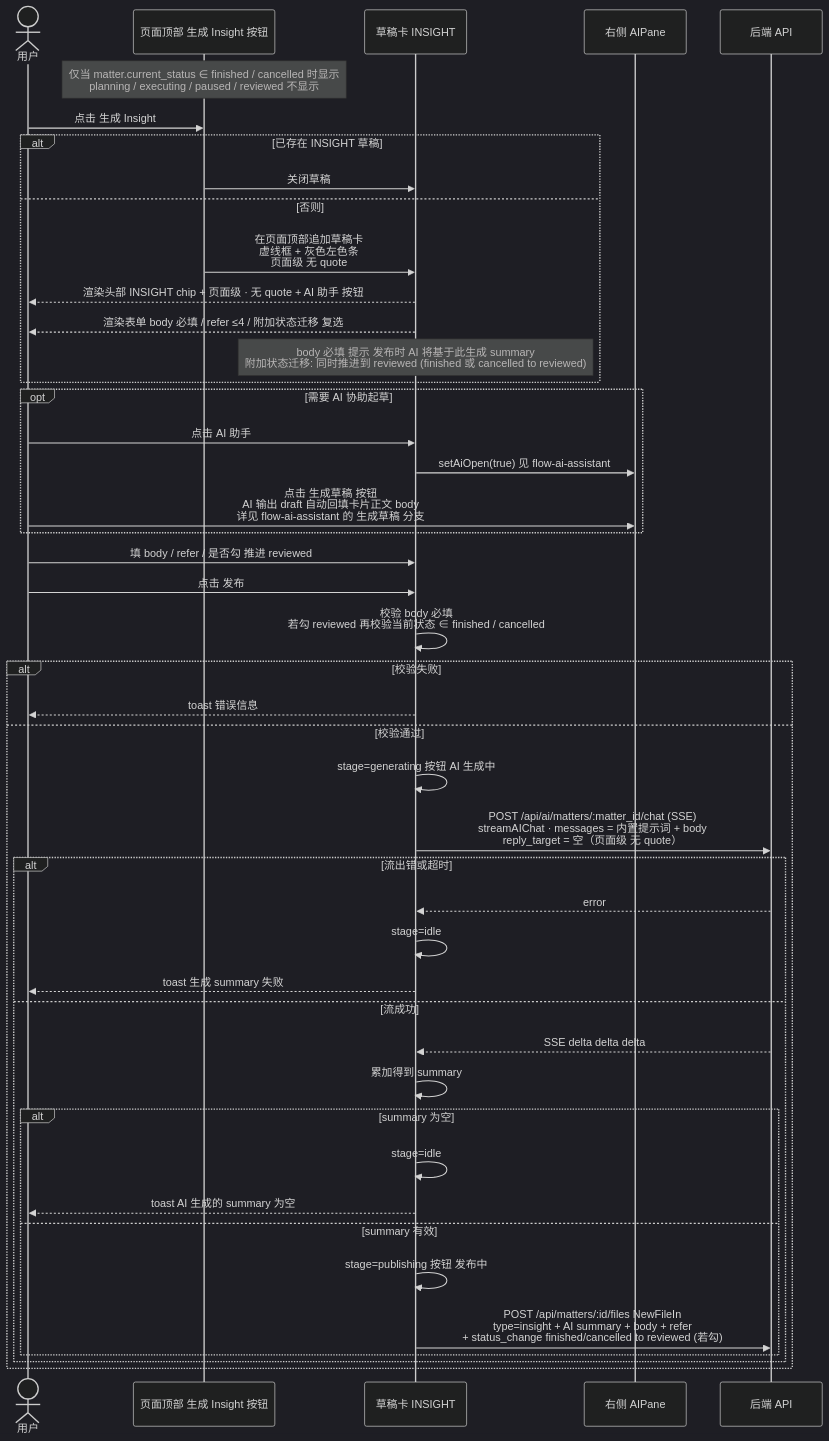
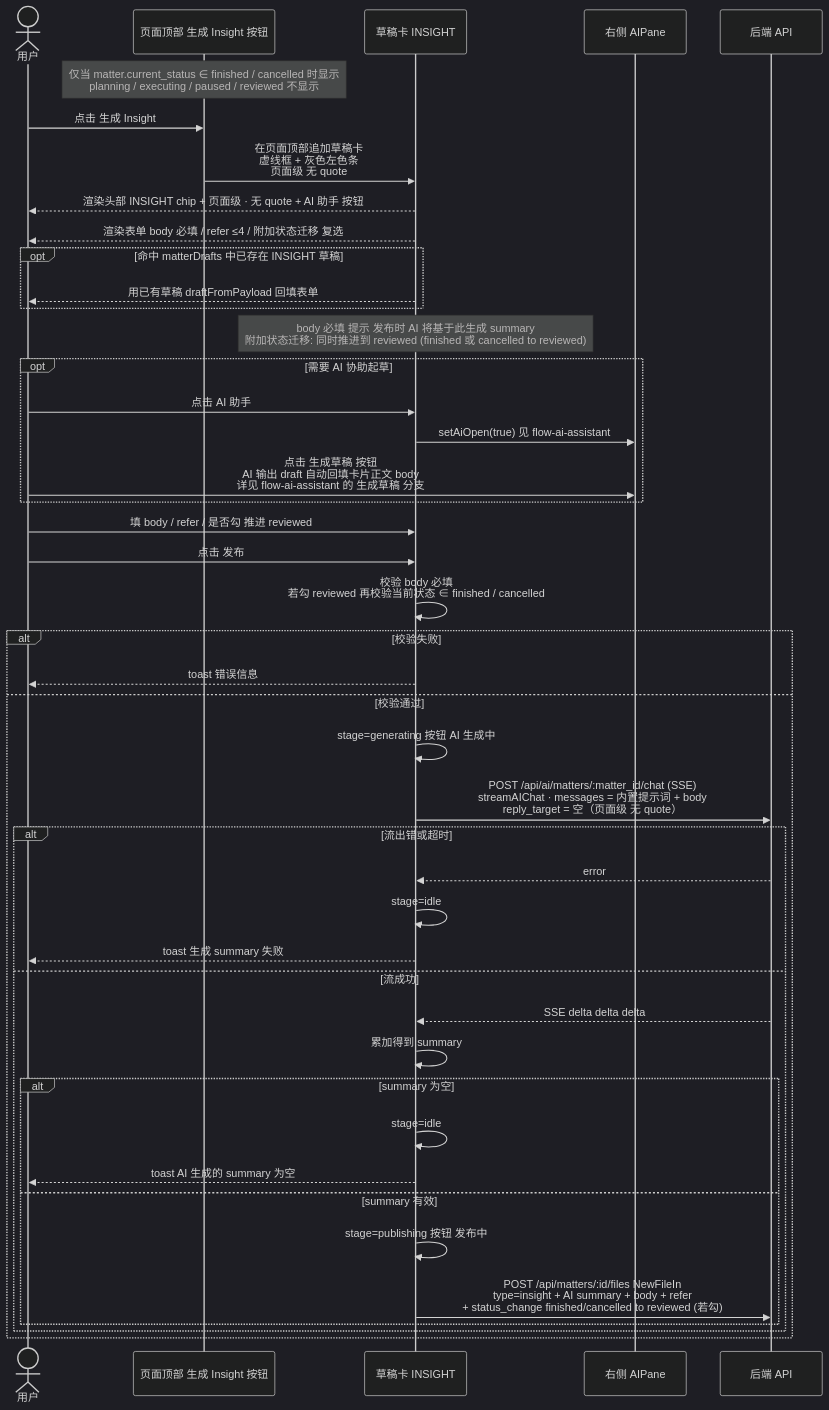
One commit to Tjk666Tjk6660/team-pivot-web changed the diagram in AI-docs/workflow-interaction/flow-insight-card.md. Above: the diagram before and after it, drawn with Mermaid (dark theme). The commit also changed 6 other files, not shown here.

Commit message:
docs(matter): add workflow-interaction sequence diagram

````diff
--- a/AI-docs/workflow-interaction/flow-insight-card.md
+++ b/AI-docs/workflow-interaction/flow-insight-card.md
@@ -10,54 +10,53 @@
 ```mermaid
 sequenceDiagram
   actor U as 用户
   participant PB as 页面顶部 生成 Insight 按钮
   participant DC as 草稿卡 INSIGHT
   participant AP as 右侧 AIPane
   participant API as 后端 API
 
   Note over PB: 仅当 matter.current_status ∈ finished / cancelled 时显示<br/>planning / executing / paused / reviewed 不显示
 
   U->>PB: 点击 生成 Insight
-  alt 已存在 INSIGHT 草稿
-    PB->>DC: 关闭草稿
-  else 否则
-    PB->>DC: 在页面顶部追加草稿卡<br/>虚线框 + 灰色左色条<br/>页面级 无 quote
-    DC-->>U: 渲染头部 INSIGHT chip + 页面级 · 无 quote + AI 助手 按钮
-    DC-->>U: 渲染表单 body 必填 / refer ≤4 / 附加状态迁移 复选
-    Note over DC: body 必填 提示 发布时 AI 将基于此生成 summary<br/>附加状态迁移: 同时推进到 reviewed (finished 或 cancelled to reviewed)
+  PB->>DC: 在页面顶部追加草稿卡<br/>虚线框 + 灰色左色条<br/>页面级 无 quote
+  DC-->>U: 渲染头部 INSIGHT chip + 页面级 · 无 quote + AI 助手 按钮
+  DC-->>U: 渲染表单 body 必填 / refer ≤4 / 附加状态迁移 复选
+  opt 命中 matterDrafts 中已存在 INSIGHT 草稿
+    DC-->>U: 用已有草稿 draftFromPayload 回填表单
   end
+  Note over DC: body 必填 提示 发布时 AI 将基于此生成 summary<br/>附加状态迁移: 同时推进到 reviewed (finished 或 cancelled to reviewed)
 
   opt 需要 AI 协助起草
     U->>DC: 点击 AI 助手
     DC->>AP: setAiOpen(true) 见 flow-ai-assistant
     U->>AP: 点击 生成草稿 按钮<br/>AI 输出 draft 自动回填卡片正文 body<br/>详见 flow-ai-assistant 的 生成草稿 分支
   end
 
   U->>DC: 填 body / refer / 是否勾 推进 reviewed
   U->>DC: 点击 发布
 
   DC->>DC: 校验 body 必填<br/>若勾 reviewed 再校验当前状态 ∈ finished / cancelled
   alt 校验失败
     DC-->>U: toast 错误信息
   else 校验通过
     DC->>DC: stage=generating 按钮 AI 生成中
 
     DC->>API: POST /api/ai/matters/:matter_id/chat (SSE)<br/>streamAIChat · messages = 内置提示词 + body<br/>reply_target = 空（页面级 无 quote）
     alt 流出错或超时
       API-->>DC: error
       DC->>DC: stage=idle
       DC-->>U: toast 生成 summary 失败
     else 流成功
       API-->>DC: SSE delta delta delta
       DC->>DC: 累加得到 summary
 
       alt summary 为空
         DC->>DC: stage=idle
         DC-->>U: toast AI 生成的 summary 为空
       else summary 有效
         DC->>DC: stage=publishing 按钮 发布中
         DC->>API: POST /api/matters/:id/files NewFileIn<br/>type=insight + AI summary + body + refer<br/>+ status_change finished/cancelled to reviewed (若勾)
       end
     end
   end
 ```
````
